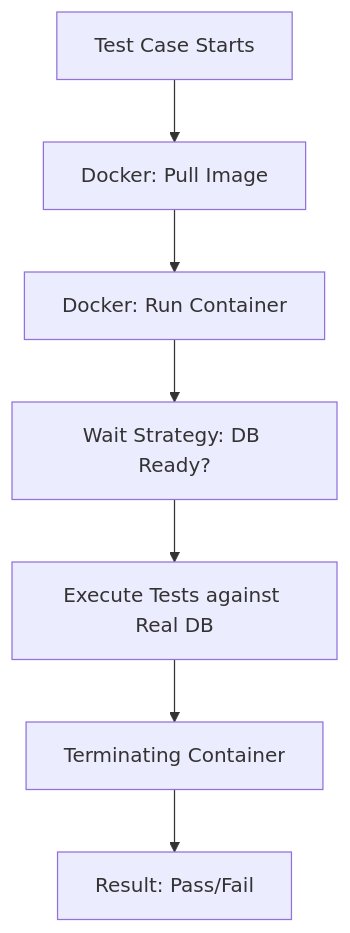
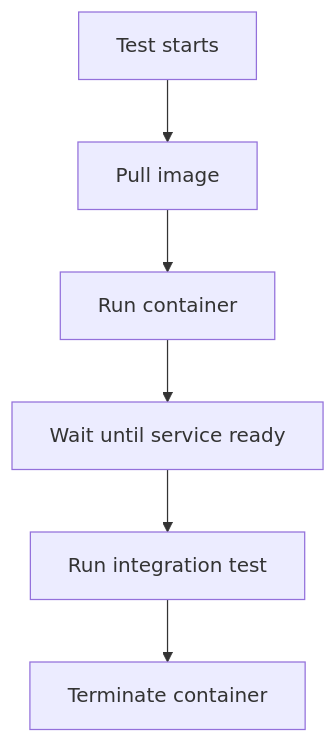
Before and after one commit to syahputrawork98-sketch/Golang-Knowledge-Base: the diagram in RAK-03-evolution/SR-02-testing-quality/BK-02-mocking-patterns/CH-03-testcontainers/README.md, drawn with Mermaid. The commit also changed other lines of this file and 61 other files, not shown here.

````diff
--- a/RAK-03-evolution/SR-02-testing-quality/BK-02-mocking-patterns/CH-03-testcontainers/README.md
+++ b/RAK-03-evolution/SR-02-testing-quality/BK-02-mocking-patterns/CH-03-testcontainers/README.md
@@ -38,9 +35,8 @@
 ```mermaid
 graph TD
-    Start[Test Case Starts] --> Pull[Docker: Pull Image]
-    Pull --> Run[Docker: Run Container]
-    Run --> Wait[Wait Strategy: DB Ready?]
-    Wait --> Exec[Execute Tests against Real DB]
-    Exec --> Terminate[Terminating Container]
-    Terminate --> End[Result: Pass/Fail]
+    Start[Test starts] --> Pull[Pull image]
+    Pull --> Run[Run container]
+    Run --> Wait[Wait until service ready]
+    Wait --> Test[Run integration test]
+    Test --> Cleanup[Terminate container]
 ```
````
